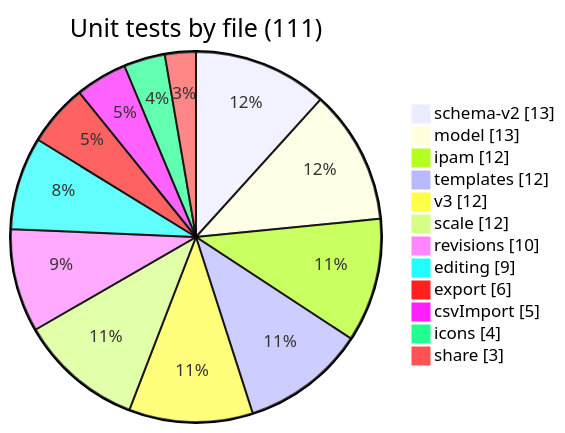
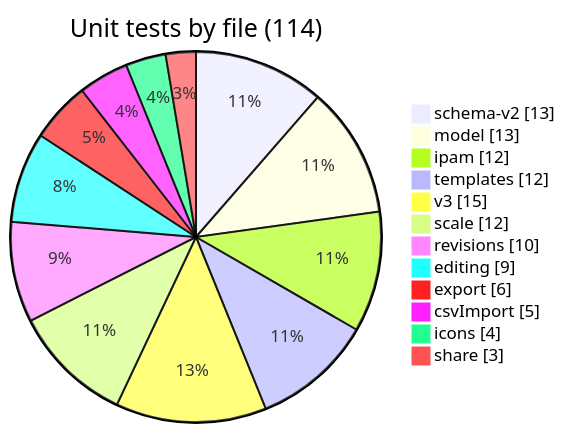
Diagram 30 of 31 in README.md (vijaykumargowdakk/ReSecArc), drawn with Mermaid before and after one commit. The commit also changed other lines of this file and 7 other files, not shown here.

````diff
--- a/README.md
+++ b/README.md
@@ -1144,16 +1145,16 @@
 ```mermaid
 pie showData
-    title Unit tests by file (111)
+    title Unit tests by file (114)
     "schema-v2" : 13
     "model" : 13
     "ipam" : 12
     "templates" : 12
-    "v3" : 12
+    "v3" : 15
     "scale" : 12
     "revisions" : 10
     "editing" : 9
     "export" : 6
     "csvImport" : 5
     "icons" : 4
     "share" : 3
 ```
````
